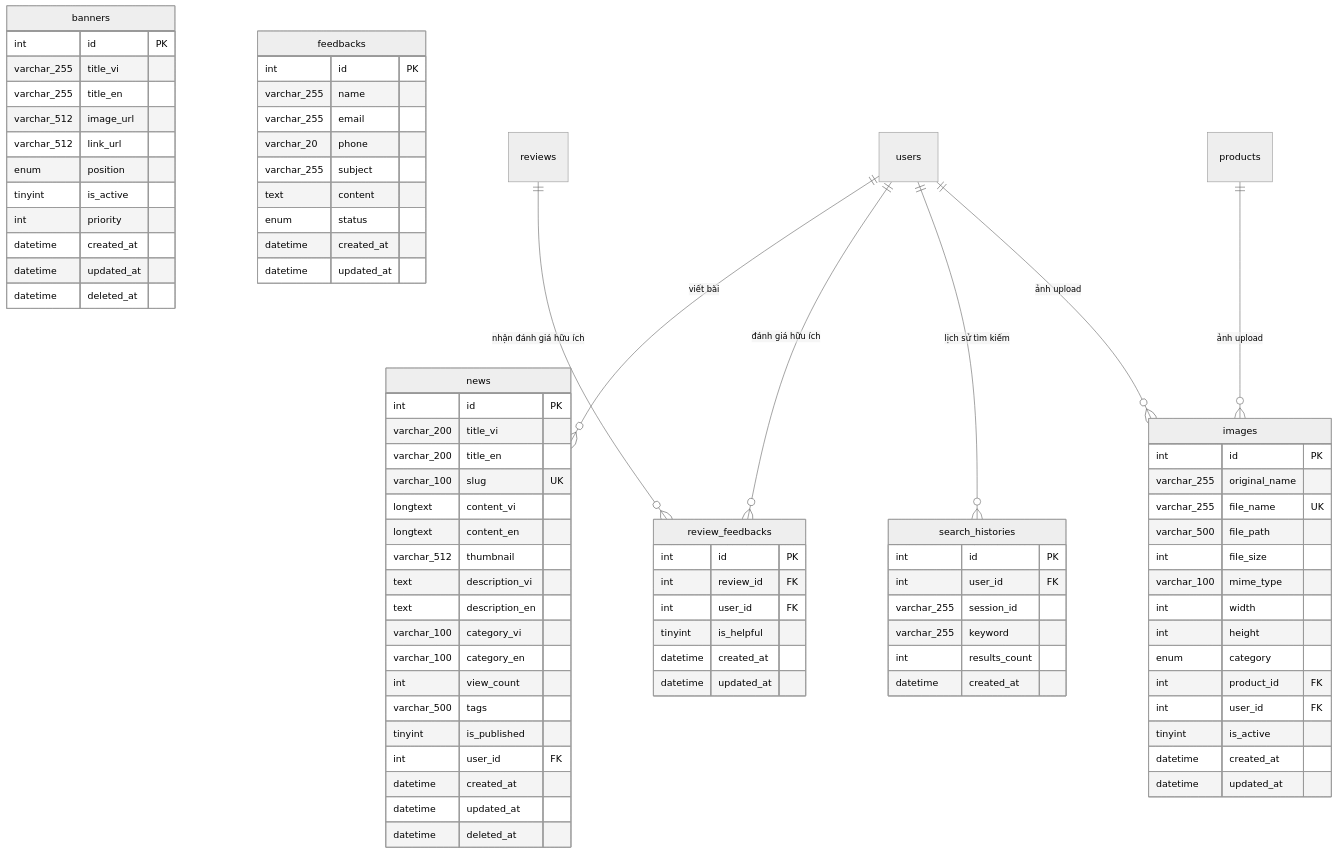
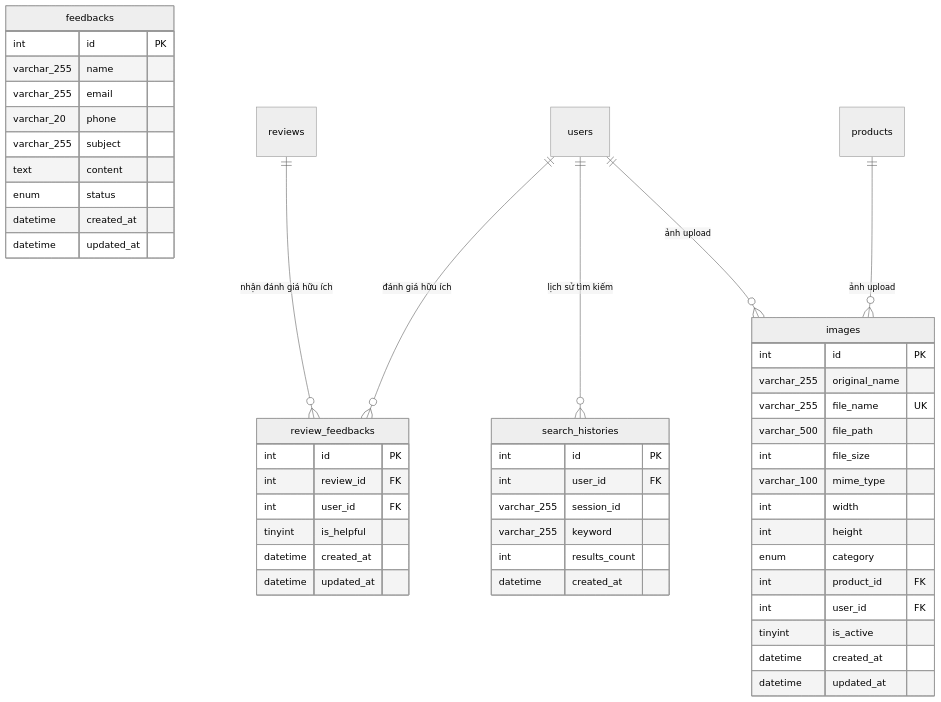
Before and after one commit to MinhThang1009/E-commerce-website: diagram 20 of 28 in DIAGRAMS.md, drawn with Mermaid (neutral theme). The commit also changed other lines of this file and 45 other files, not shown here.

````diff
--- a/DIAGRAMS.md
+++ b/DIAGRAMS.md
@@ -1308,40 +1179,5 @@
 ```mermaid
 erDiagram
-    banners {
-        int id PK
-        varchar_255 title_vi
-        varchar_255 title_en
-        varchar_512 image_url
-        varchar_512 link_url
-        enum position
-        tinyint is_active
-        int priority
-        datetime created_at
-        datetime updated_at
-        datetime deleted_at
-    }
-
-    news {
-        int id PK
-        varchar_200 title_vi
-        varchar_200 title_en
-        varchar_100 slug UK
-        longtext content_vi
-        longtext content_en
-        varchar_512 thumbnail
-        text description_vi
-        text description_en
-        varchar_100 category_vi
-        varchar_100 category_en
-        int view_count
-        varchar_500 tags
-        tinyint is_published
-        int user_id FK
-        datetime created_at
-        datetime updated_at
-        datetime deleted_at
-    }
-
     feedbacks {
         int id PK
         varchar_255 name
@@ -1389,7 +1225,6 @@
         datetime updated_at
     }
 
-    users ||--o{ news : "viết bài"
     reviews ||--o{ review_feedbacks : "nhận đánh giá hữu ích"
     users ||--o{ review_feedbacks : "đánh giá hữu ích"
     users ||--o{ search_histories : "lịch sử tìm kiếm"
````
